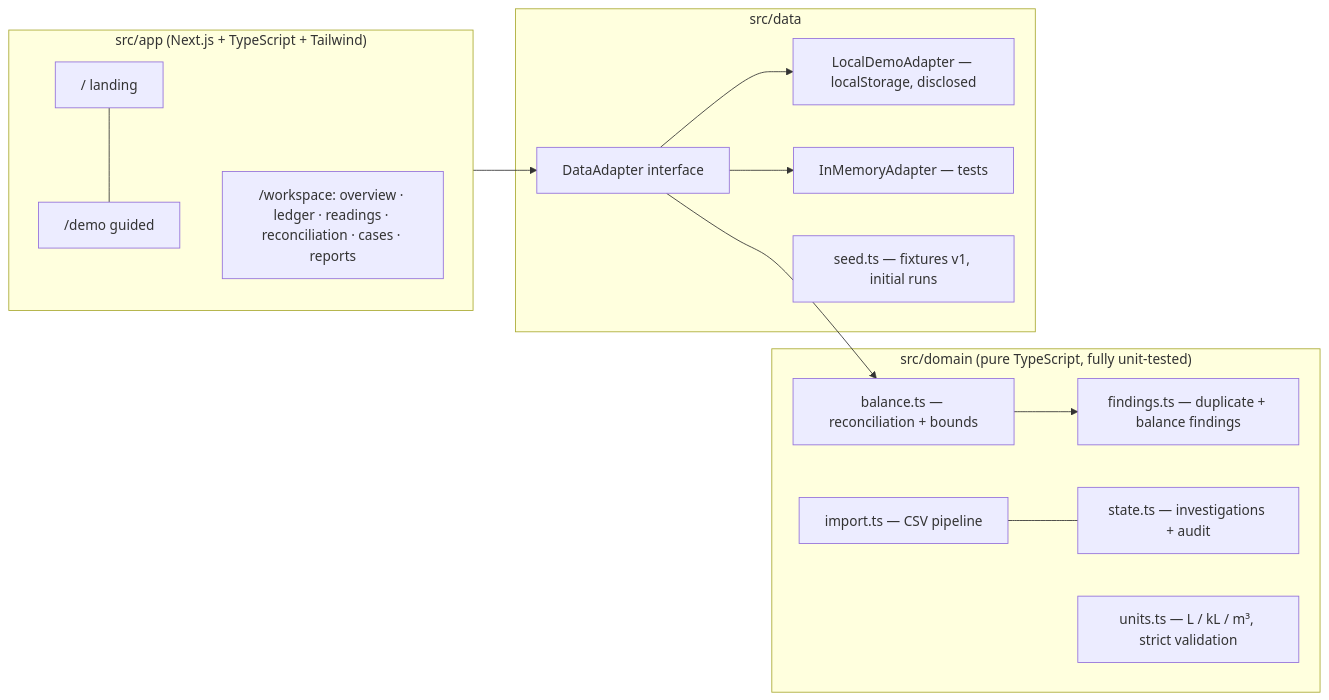
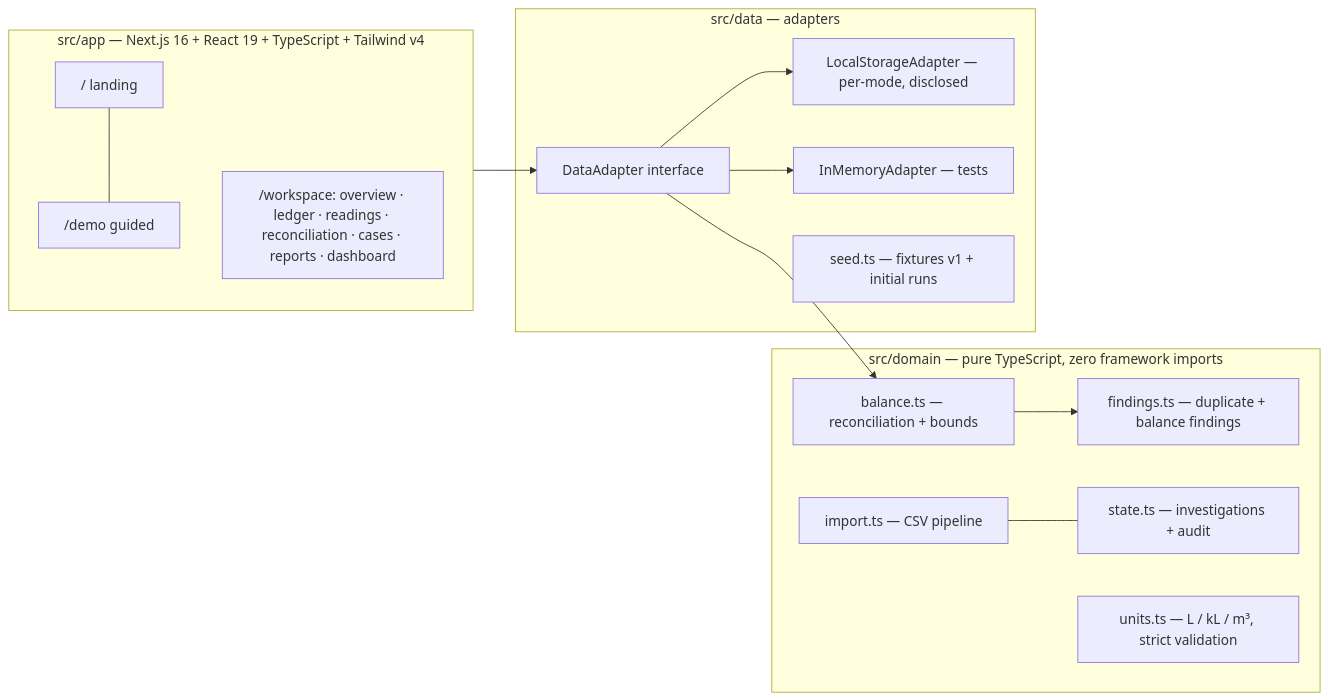
One commit to Avani376/jallekha changed the diagram in README.md. Above: the diagram before and after it, drawn with Mermaid. The commit also changed other lines of this file and 19 other files, not shown here.

````diff
--- a/README.md
+++ b/README.md
@@ -80,19 +233,19 @@
 ```mermaid
 flowchart LR
-  subgraph UI["src/app (Next.js + TypeScript + Tailwind)"]
+  subgraph UI["src/app — Next.js 16 + React 19 + TypeScript + Tailwind v4"]
     L["/ landing"] --- D["/demo guided"]
-    W["/workspace: overview · ledger · readings · reconciliation · cases · reports"]
+    W["/workspace: overview · ledger · readings · reconciliation · cases · reports · dashboard"]
   end
-  subgraph Domain["src/domain (pure TypeScript, fully unit-tested)"]
+  subgraph Domain["src/domain — pure TypeScript, zero framework imports"]
     B["balance.ts — reconciliation + bounds"] --> F["findings.ts — duplicate + balance findings"]
     I["import.ts — CSV pipeline"] --- S["state.ts — investigations + audit"]
     U["units.ts — L / kL / m³, strict validation"]
   end
-  subgraph Data["src/data"]
-    A["DataAdapter interface"] --> LD["LocalDemoAdapter — localStorage, disclosed"]
+  subgraph Data["src/data — adapters"]
+    A["DataAdapter interface"] --> LD["LocalStorageAdapter — per-mode, disclosed"]
     A --> IM["InMemoryAdapter — tests"]
-    SEED["seed.ts — fixtures v1, initial runs"]
+    SEED["seed.ts — fixtures v1 + initial runs"]
   end
   UI --> A
   A --> B
 ```
````
